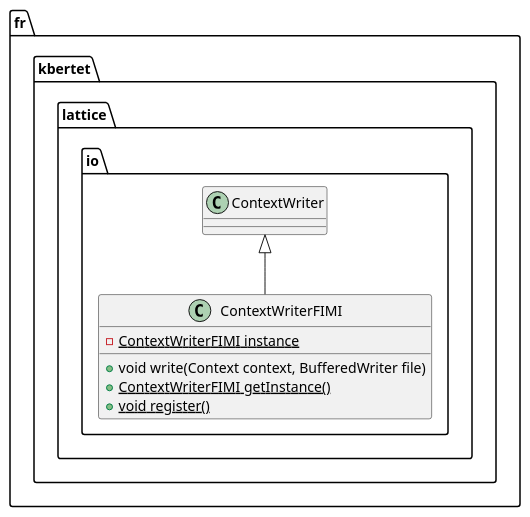
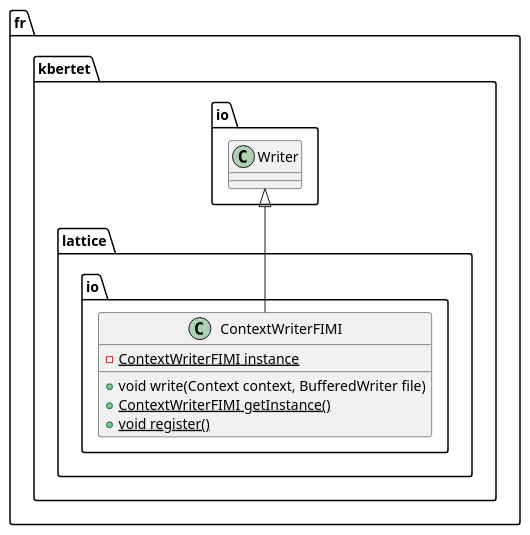
Before and after one commit to thegalactic/java-lattices: the diagram in src/main/javadoc/resources/fr/kbertet/context/io/ContextWriterFIMI.iuml, drawn with PlantUML. The commit also changed 28 other files, not shown here.

```diff
--- a/src/main/javadoc/resources/fr/kbertet/context/io/ContextWriterFIMI.iuml
+++ b/src/main/javadoc/resources/fr/kbertet/context/io/ContextWriterFIMI.iuml
@@ -1,10 +1,10 @@
 package fr.kbertet.lattice.io {
     class ContextWriterFIMI {
     	-{static}ContextWriterFIMI instance
         +void write(Context context, BufferedWriter file)
         +{static}ContextWriterFIMI getInstance()
         +{static}void register()
     }
 
-    ContextWriter <|-- ContextWriterFIMI
+    fr.kbertet.io.Writer <|-- ContextWriterFIMI
 }
```
